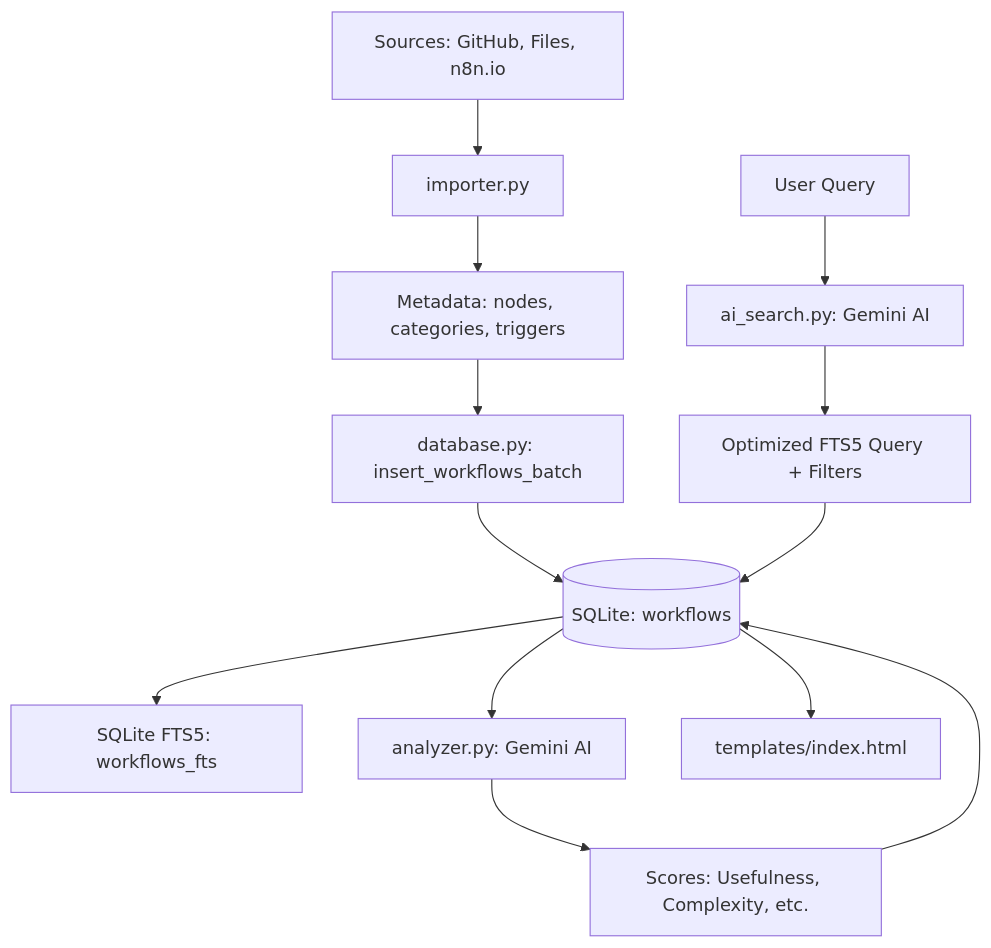
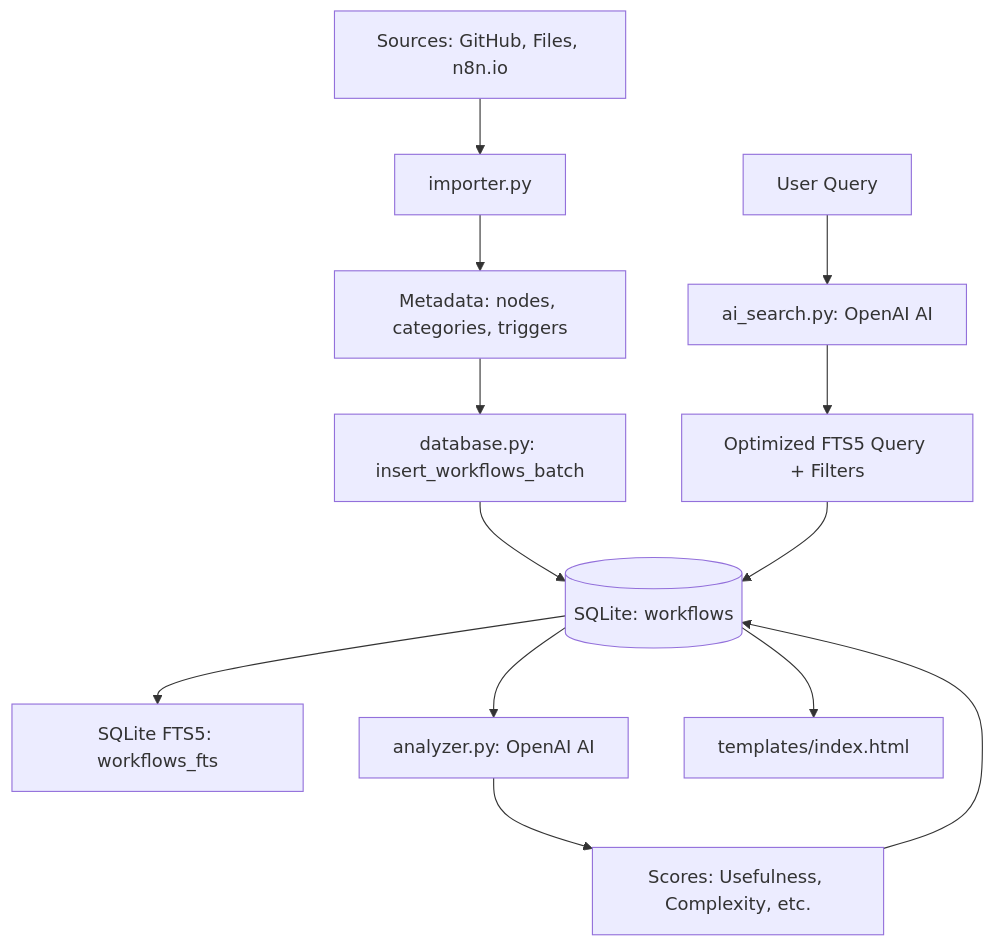
The diagram in CLAUDE.md (dollarnuk/finder-n8n-templates), drawn with Mermaid before and after one commit. The commit also changed other lines of this file and 4 other files, not shown here.

Commit message:
Migrate AI provider from Gemini to OpenAI

````diff
--- a/CLAUDE.md
+++ b/CLAUDE.md
@@ -62,17 +62,17 @@
 ```mermaid
 graph TD
     Sources[Sources: GitHub, Files, n8n.io] --> Importer[importer.py]
     Importer --> Metadata[Metadata: nodes, categories, triggers]
     Metadata --> DB_Write[database.py: insert_workflows_batch]
     DB_Write --> SQLite[(SQLite: workflows)]
     SQLite --> FTS[SQLite FTS5: workflows_fts]
 
-    SQLite --> Analyzer[analyzer.py: Gemini AI]
+    SQLite --> Analyzer[analyzer.py: OpenAI AI]
     Analyzer --> Scores[Scores: Usefulness, Complexity, etc.]
     Scores --> SQLite
 
-    User[User Query] --> AI_Search[ai_search.py: Gemini AI]
+    User[User Query] --> AI_Search[ai_search.py: OpenAI AI]
     AI_Search --> FTS_Query[Optimized FTS5 Query + Filters]
     FTS_Query --> SQLite
     SQLite --> UI[templates/index.html]
 ```
````
